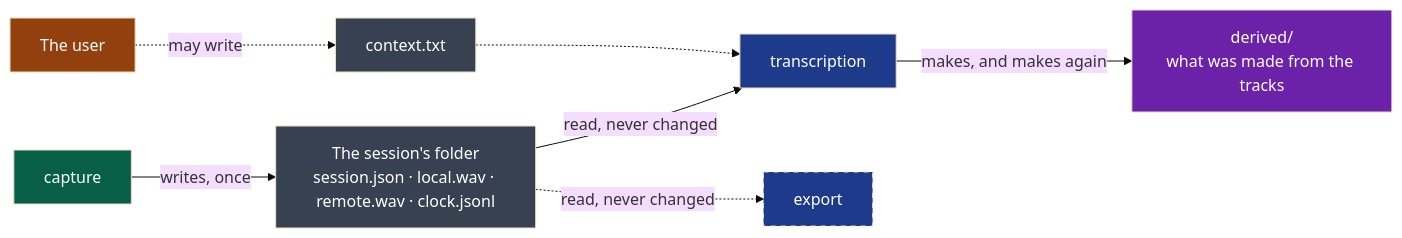
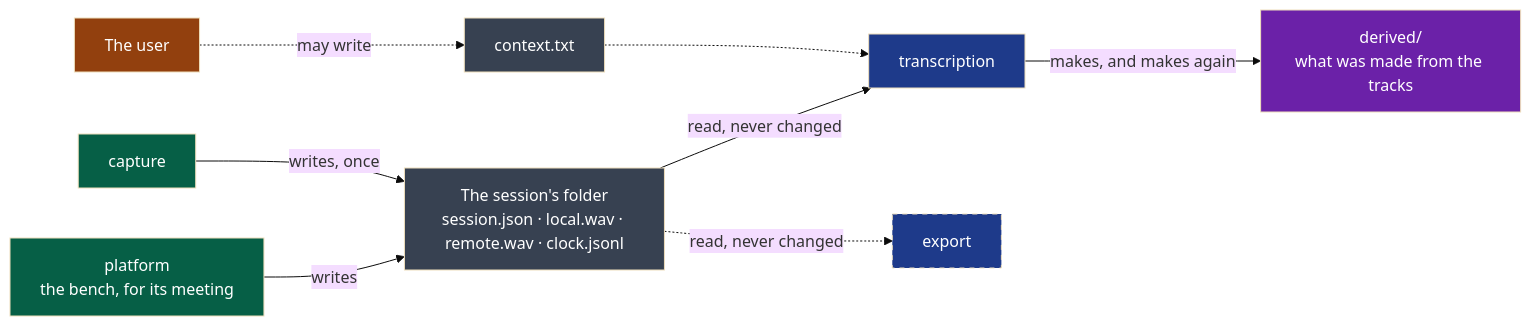
The diagram in contracts/session-audio/v2/README.md (NapkinStack/wholeheard), drawn with Mermaid (base theme) before and after one commit. The commit also changed other lines of this file and 4 other files, not shown here.

````diff
--- a/contracts/session-audio/v2/README.md
+++ b/contracts/session-audio/v2/README.md
@@ -7,16 +7,17 @@
 ```mermaid
 flowchart LR
+    B["platform<br/>the bench, for its meeting"]:::producer -->|"writes"| F
     C["capture"]:::producer -->|"writes, once"| F["The session's folder<br/>session.json · local.wav · remote.wav · clock.jsonl"]:::file
     U["The user"]:::human -.->|"may write"| X["context.txt"]:::file
     F -->|"read, never changed"| T["transcription"]:::consumer
     T -->|"makes, and makes again"| D["derived/<br/>what was made from the tracks"]:::derived
     X -.-> T
     F -.->|"read, never changed"| E["export"]:::planned
 
     classDef producer fill:#065f46,color:#fff
     classDef consumer fill:#1e3a8a,color:#fff
     classDef file fill:#374151,color:#fff
     classDef planned fill:#1e3a8a,color:#fff,stroke-dasharray: 5 5
     classDef derived fill:#6b21a8,color:#fff
     classDef human fill:#92400e,color:#fff
 ```
````
